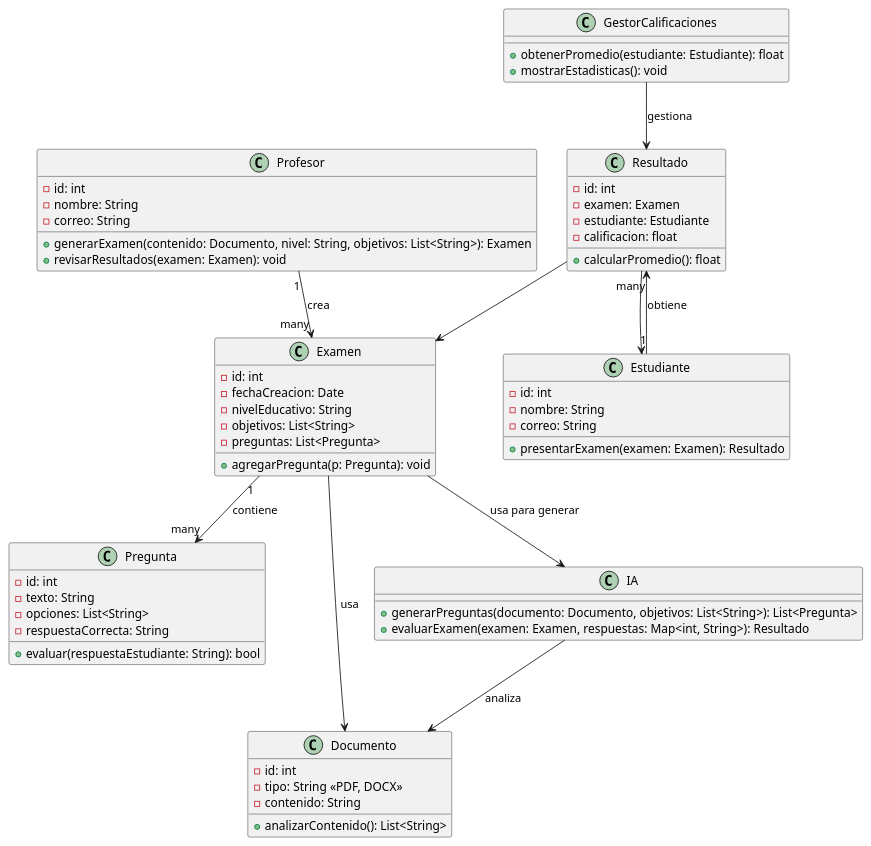
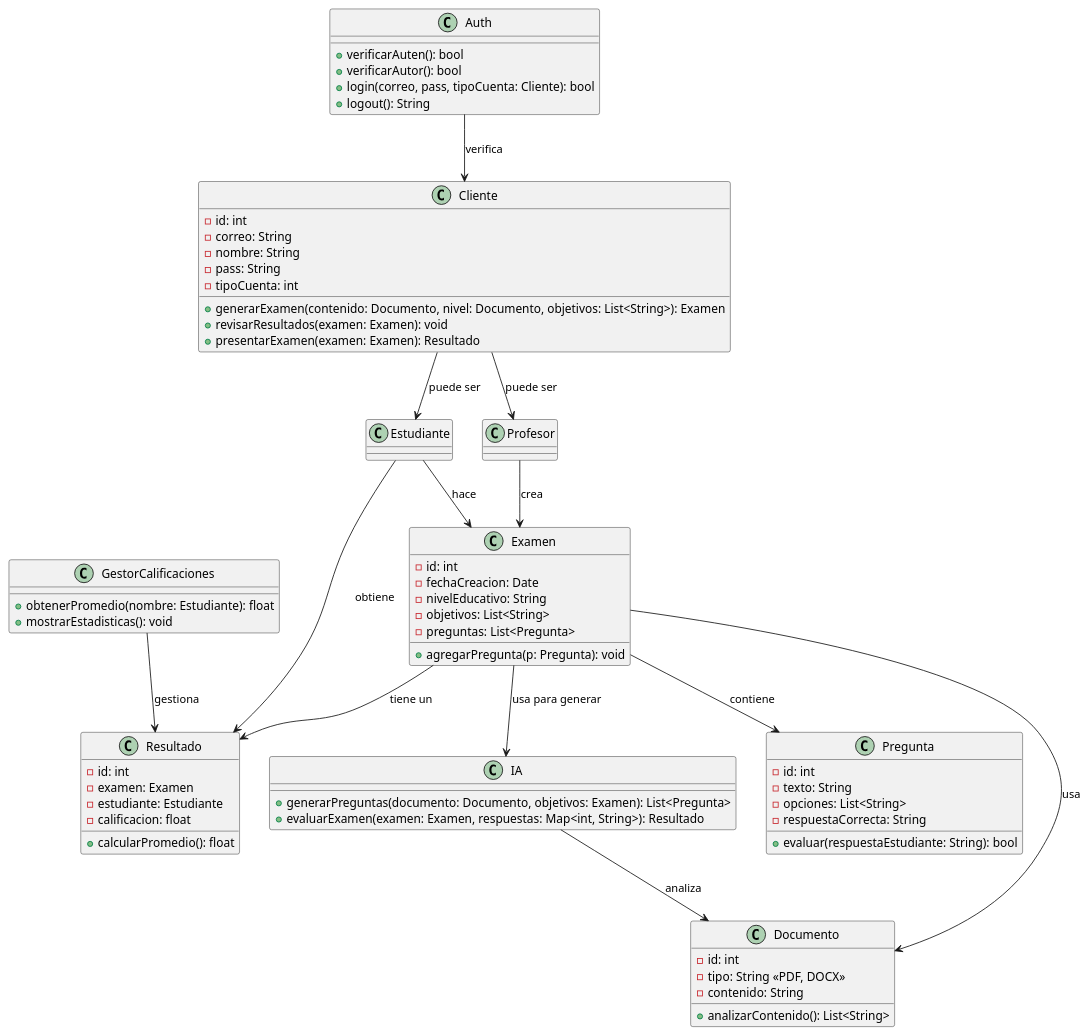
The diagram in docs/analysis/diagrams/class/ClassDiagram-SistemaCalificia.plantuml (Juanb7737/calificia), drawn with PlantUML before and after one commit. The commit also changed 2 other files, not shown here.

```diff
--- a/docs/analysis/diagrams/class/ClassDiagram-SistemaCalificia.plantuml
+++ b/docs/analysis/diagrams/class/ClassDiagram-SistemaCalificia.plantuml
@@ -1,72 +1,89 @@
 @startuml sistemaCalificia
 
 ' Definimos los actores principales
+
+Class Cliente {
+    - id: int
+    - correo: String
+    - nombre: String
+    - pass: String
+    - tipoCuenta: int
+    + generarExamen(contenido: Documento, nivel: Documento, objetivos: List<String>): Examen
+    + revisarResultados(examen: Examen): void
+    + presentarExamen(examen: Examen): Resultado
+}
+
+Class Auth {
+    + verificarAuten(): bool
+    + verificarAutor(): bool
+    + login(correo, pass, tipoCuenta: Cliente): bool
+    + logout(): String
+}
+
 class Profesor {
-    - id: int
-    - nombre: String
-    - correo: String
-    + generarExamen(contenido: Documento, nivel: String, objetivos: List<String>): Examen
-    + revisarResultados(examen: Examen): void
 }
 
 class Estudiante {
-    - id: int
-    - nombre: String
-    - correo: String
-    + presentarExamen(examen: Examen): Resultado
 }
 
 class Examen {
     - id: int
     - fechaCreacion: Date
     - nivelEducativo: String
     - objetivos: List<String>
     - preguntas: List<Pregunta>
     + agregarPregunta(p: Pregunta): void
 }
 
 class Pregunta {
     - id: int
     - texto: String
     - opciones: List<String>
     - respuestaCorrecta: String
     + evaluar(respuestaEstudiante: String): bool
 }
 
 class Documento {
     - id: int
     - tipo: String <<PDF, DOCX>>
     - contenido: String
     + analizarContenido(): List<String>
 }
 
 class IA {
-    + generarPreguntas(documento: Documento, objetivos: List<String>): List<Pregunta>
+    + generarPreguntas(documento: Documento, objetivos: Examen): List<Pregunta>
     + evaluarExamen(examen: Examen, respuestas: Map<int, String>): Resultado
 }
 
 class Resultado {
     - id: int
     - examen: Examen
     - estudiante: Estudiante
     - calificacion: float
     + calcularPromedio(): float
 }
 
 class GestorCalificaciones {
-    + obtenerPromedio(estudiante: Estudiante): float
+    + obtenerPromedio(nombre: Estudiante): float
     + mostrarEstadisticas(): void
 }
 
+
+
+
+
 ' Relaciones
-Profesor "1" --> "many" Examen : crea
-Estudiante "1" --> "many" Resultado : obtiene
-Examen "1" --> "many" Pregunta : contiene
+Cliente --> Profesor : puede ser
+Cliente --> Estudiante : puede ser
+Auth --> Cliente : verifica
+Profesor --> Examen : crea
+Estudiante --> Resultado : obtiene
+Examen --> Pregunta : contiene
 Examen --> Documento : usa
 Examen --> IA : usa para generar
-Resultado --> Examen
-Resultado --> Estudiante
+Examen --> Resultado : tiene un
 GestorCalificaciones --> Resultado : gestiona
 IA --> Documento : analiza
+Estudiante --> Examen : hace
 
 @enduml
```
